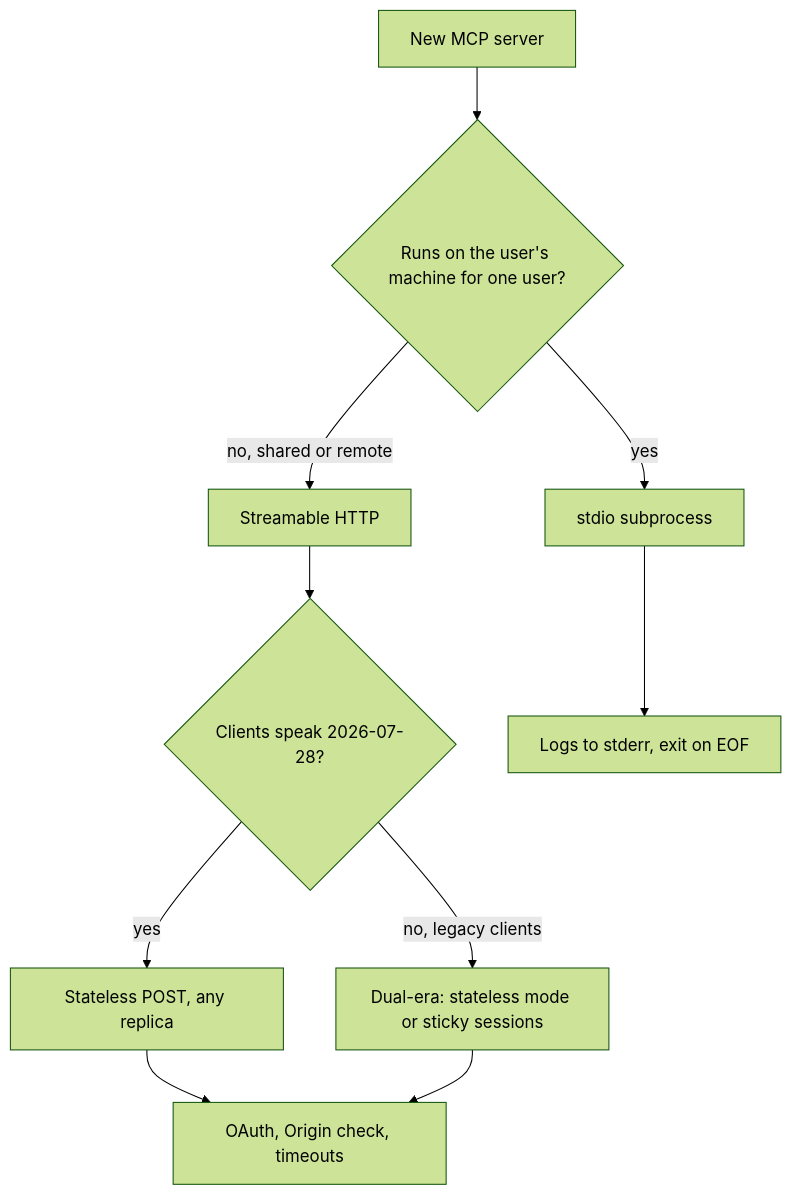
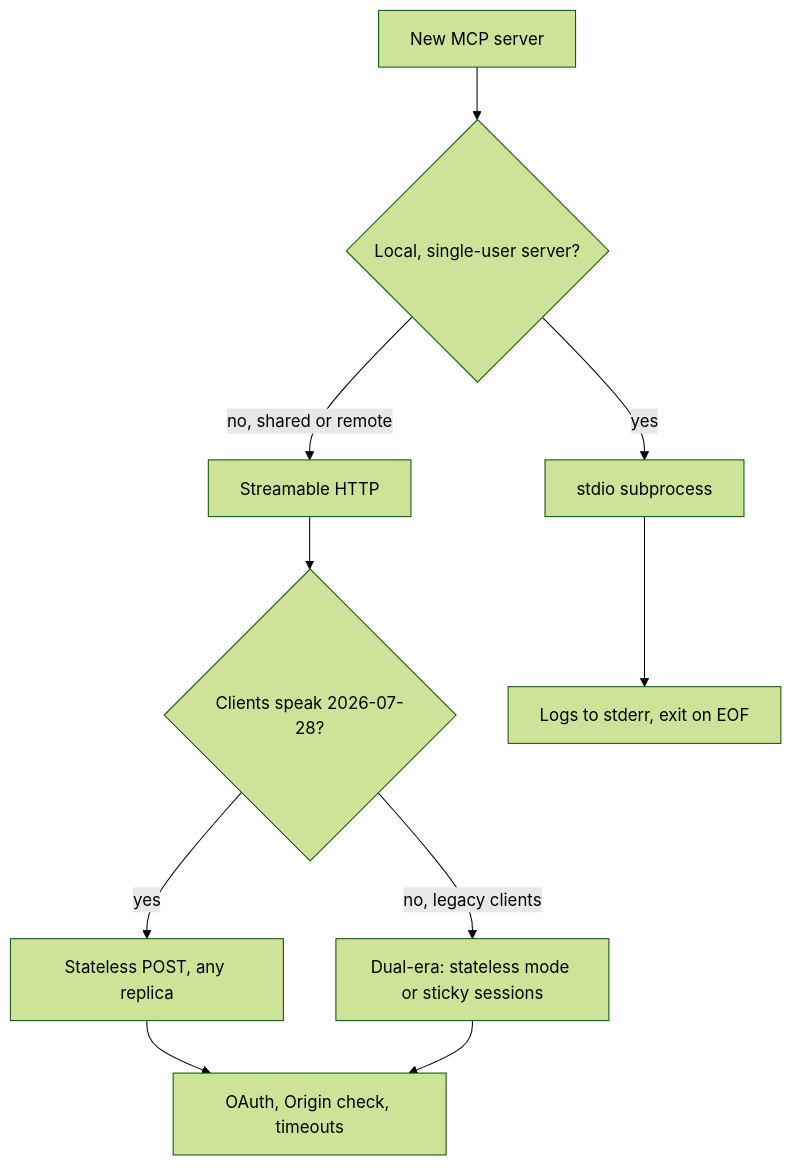
One commit to lovishmahajan97/agentic-learning changed the diagram in content/mcp/mcp-transports.md. Above: the diagram before and after it, drawn with Mermaid (forest theme). The commit also changed other lines of this file and 348 other files, not shown here.

````diff
--- a/content/mcp/mcp-transports.md
+++ b/content/mcp/mcp-transports.md
@@ -102,12 +104,12 @@
 ```mermaid
 flowchart TD
-    A["New MCP server"] --> B{"Runs on the user's machine for one user?"}
+    A["New MCP server"] --> B{"Local, single-user server?"}
     B -->|"yes"| C["stdio subprocess"]
     B -->|"no, shared or remote"| D["Streamable HTTP"]
     D --> E{"Clients speak 2026-07-28?"}
     E -->|"yes"| F["Stateless POST, any replica"]
     E -->|"no, legacy clients"| G["Dual-era: stateless mode or sticky sessions"]
     C --> H["Logs to stderr, exit on EOF"]
     F --> I["OAuth, Origin check, timeouts"]
     G --> I
 ```
````
